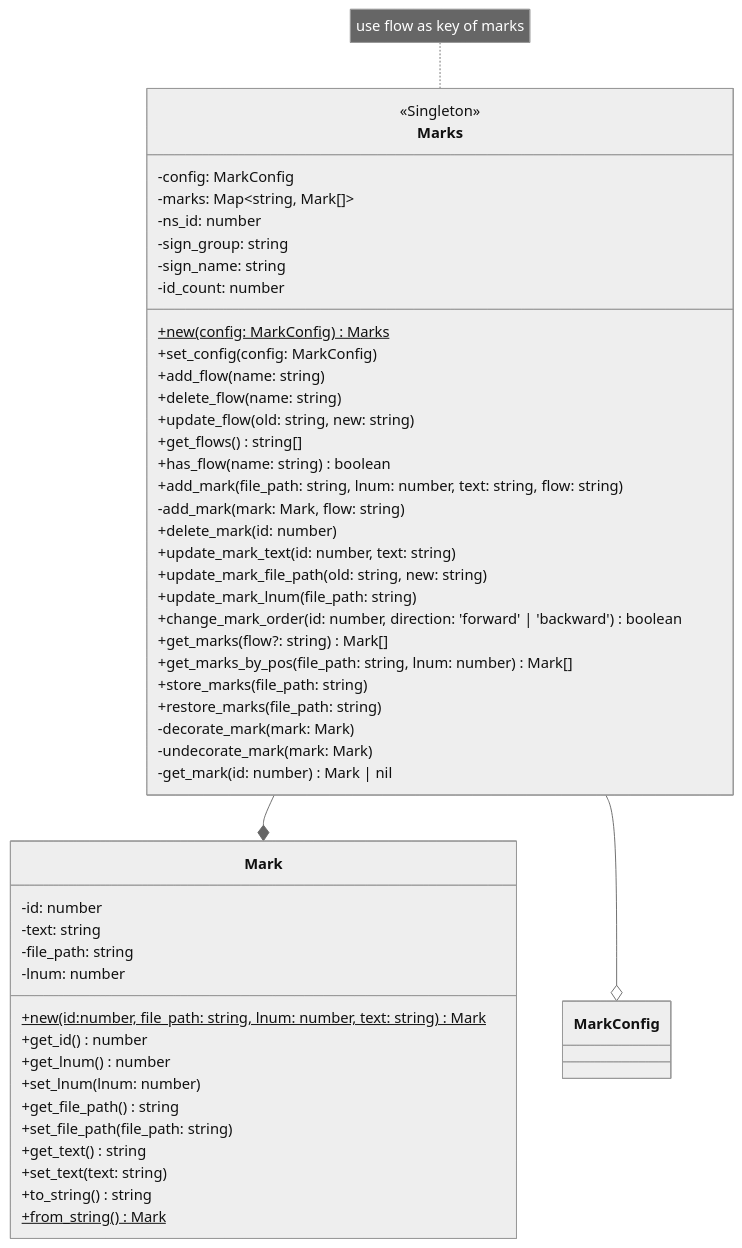
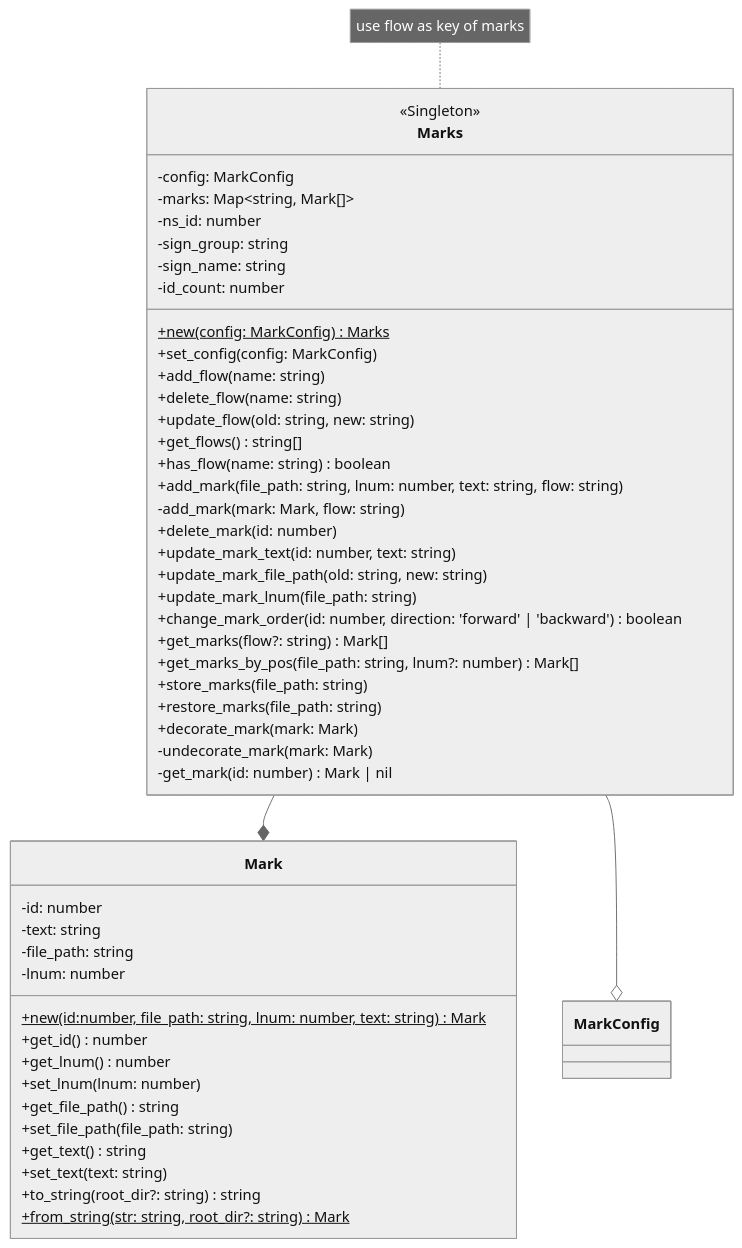
Before and after one commit to niuiic/track.nvim: the third of 17 diagrams in DESIGN.md, drawn with Mermaid (neutral theme). The commit also changed other lines of this file and 7 other files, not shown here.

````diff
--- a/DESIGN.md
+++ b/DESIGN.md
@@ -94,60 +95,60 @@
 ```mermaid
 classDiagram
     note for Marks "use flow as key of marks"
     Marks --* Mark
     Marks --o MarkConfig
     class Marks {
         <<Singleton>>
 
         -config: MarkConfig
         -marks: Map~string, Mark[]~
         -ns_id: number
         -sign_group: string
         -sign_name: string
         -id_count: number
 
         %% new
         +new(config: MarkConfig)$ Marks
         %% config
         +set_config(config: MarkConfig)
         %% flow
         +add_flow(name: string)
         +delete_flow(name: string)
         +update_flow(old: string, new: string)
         +get_flows() string[]
         +has_flow(name: string) boolean
         %% mark
         +add_mark(file_path: string, lnum: number, text: string, flow: string)
         -add_mark(mark: Mark, flow: string)
         +delete_mark(id: number)
         +update_mark_text(id: number, text: string)
         +update_mark_file_path(old: string, new: string)
         +update_mark_lnum(file_path: string)
         +change_mark_order(id: number, direction: 'forward' | 'backward') boolean
         +get_marks(flow?: string) Mark[]
-        +get_marks_by_pos(file_path: string, lnum: number) Mark[]
+        +get_marks_by_pos(file_path: string, lnum?: number) Mark[]
         +store_marks(file_path: string)
         +restore_marks(file_path: string)
-        -decorate_mark(mark: Mark)
+        +decorate_mark(mark: Mark)
         -undecorate_mark(mark: Mark)
         -get_mark(id: number) Mark | nil
     }
 
     class Mark {
         -id: number
         -text: string
         -file_path: string
         -lnum: number
 
         +new(id:number, file_path: string, lnum: number, text: string)$ Mark
         +get_id() number
         +get_lnum() number
         +set_lnum(lnum: number)
         +get_file_path() string
         +set_file_path(file_path: string)
         +get_text() string
         +set_text(text: string)
-        +to_string() string
-        +from_string()$ Mark
+        +to_string(root_dir?: string) string
+        +from_string(str: string, root_dir?: string)$ Mark
     }
 ```
````
